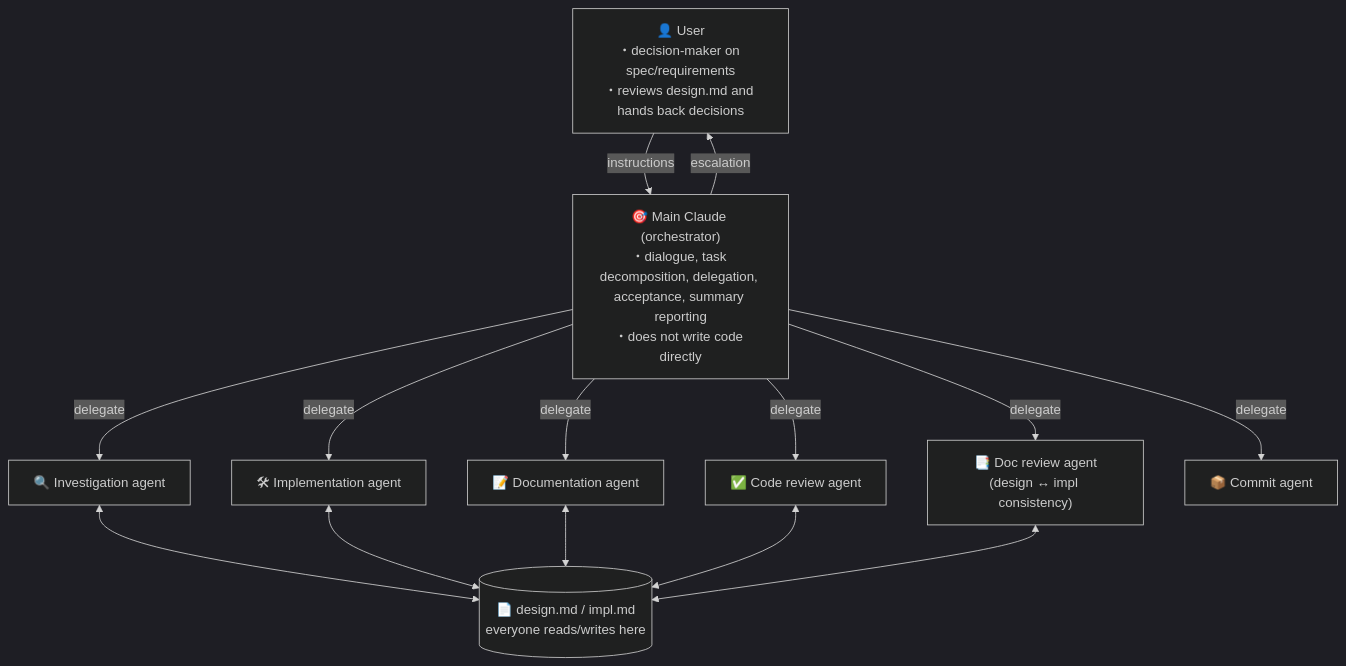
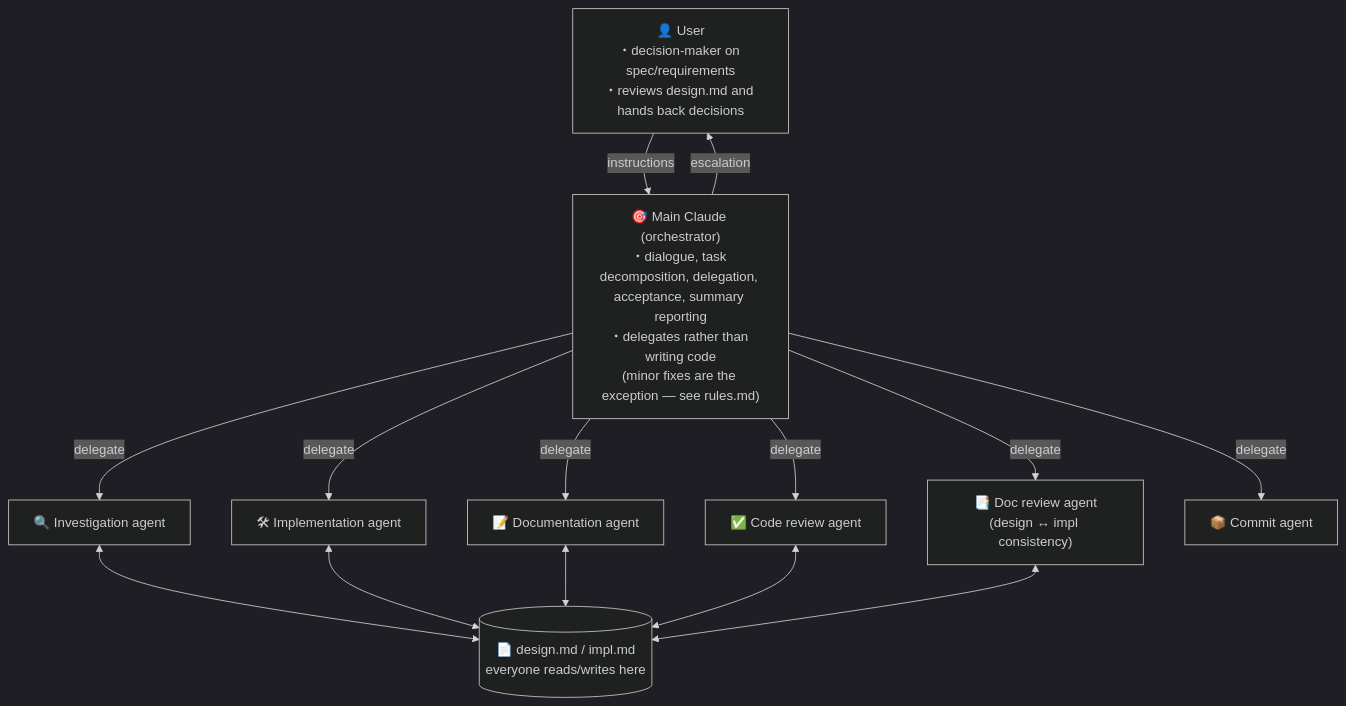
The diagram in USAGE.md (ayatsuki-meowmeow/skills), drawn with Mermaid (dark theme) before and after one commit. The commit also changed other lines of this file and 3 other files, not shown here.

````diff
--- a/USAGE.md
+++ b/USAGE.md
@@ -18,28 +18,28 @@
 ```mermaid
 flowchart TD
     User["👤 User<br/>・decision-maker on spec/requirements<br/>・reviews design.md and hands back decisions"]
-    Main["🎯 Main Claude (orchestrator)<br/>・dialogue, task decomposition, delegation, acceptance, summary reporting<br/>・does not write code directly"]
+    Main["🎯 Main Claude (orchestrator)<br/>・dialogue, task decomposition, delegation, acceptance, summary reporting<br/>・delegates rather than writing code<br/>(minor fixes are the exception — see rules.md)"]
     Investigate["🔍 Investigation agent"]
     Implement["🛠 Implementation agent"]
     Doc["📝 Documentation agent"]
     CodeReview["✅ Code review agent"]
     DocReview["📑 Doc review agent<br/>(design ↔ impl consistency)"]
     Commit["📦 Commit agent"]
     Docs[("📄 design.md / impl.md<br/>everyone reads/writes here")]
 
     User -- "instructions" --> Main
     Main -- "escalation" --> User
 
     Main -- "delegate" --> Investigate
     Main -- "delegate" --> Implement
     Main -- "delegate" --> Doc
     Main -- "delegate" --> CodeReview
     Main -- "delegate" --> DocReview
     Main -- "delegate" --> Commit
 
     Investigate <--> Docs
     Implement <--> Docs
     Doc <--> Docs
     CodeReview <--> Docs
     DocReview <--> Docs
 ```
````
